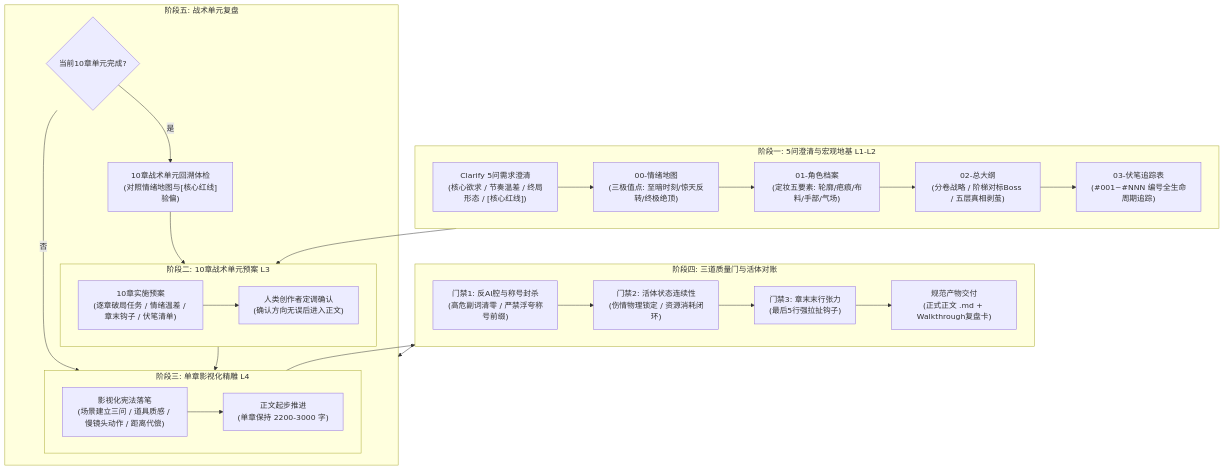
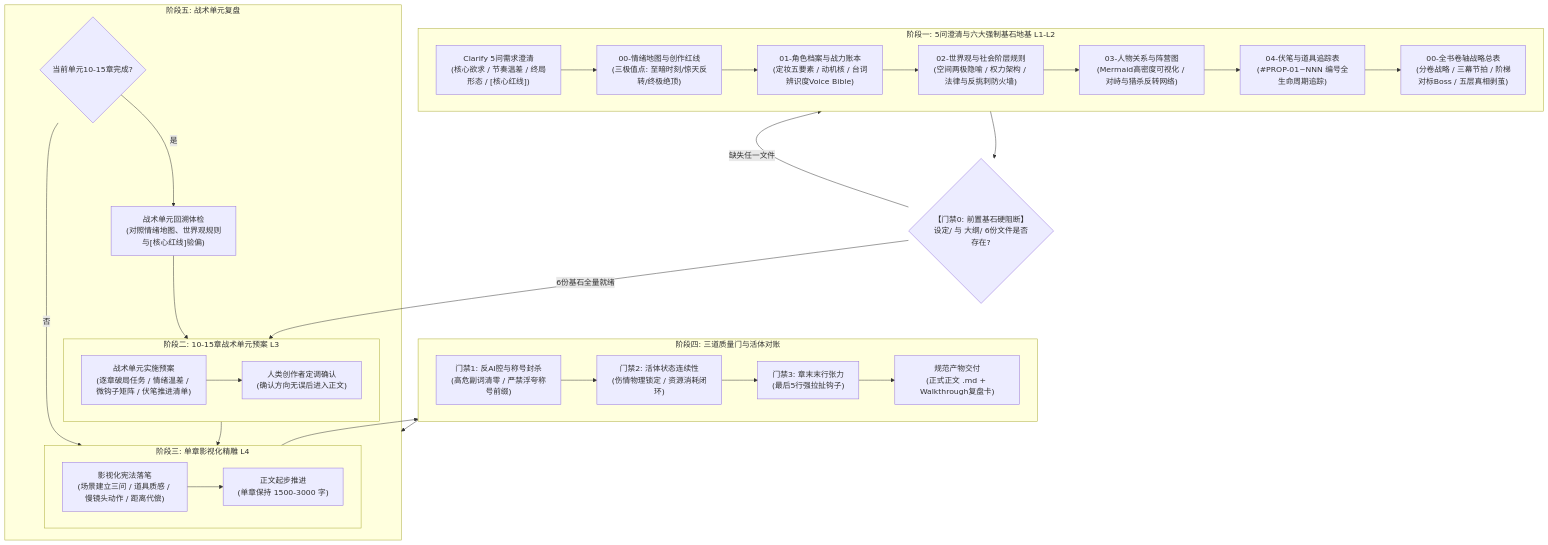
Before and after one commit to egguy886/commercial-writing-system: the diagram in README_zh.md, drawn with Mermaid. The commit also changed other lines of this file and 8 other files, not shown here.

````diff
--- a/README_zh.md
+++ b/README_zh.md
@@ -38,32 +38,39 @@
 ```mermaid
 flowchart TD
-    subgraph S1 [阶段一: 5问澄清与宏观地基 L1-L2]
-        A0["Clarify 5问需求澄清<br/>(核心欲求 / 节奏温差 / 终局形态 / [核心红线])"] --> A1["00-情绪地图<br/>(三极值点: 至暗时刻/惊天反转/终极绝顶)"]
-        A1 --> A2["01-角色档案<br/>(定妆五要素: 轮廓/疤痕/布料/手部/气场)"]
-        A2 --> A3["02-总大纲<br/>(分卷战略 / 阶梯对标Boss / 五层真相剥茧)"]
-        A3 --> A4["03-伏笔追踪表<br/>(#001~#NNN 编号全生命周期追踪)"]
+    G0{"【门禁0: 前置基石硬阻断】<br/>设定/ 与 大纲/ 6份文件是否存在?"}
+    G0 -- 缺失任一文件 --> S1
+    S1 --> G0
+    G0 -- 6份基石全量就绪 --> S2
+
+    subgraph S1 [阶段一: 5问澄清与六大强制基石地基 L1-L2]
+        A0["Clarify 5问需求澄清<br/>(核心欲求 / 节奏温差 / 终局形态 / [核心红线])"] --> A1["00-情绪地图与创作红线<br/>(三极值点: 至暗时刻/惊天反转/终极绝顶)"]
+        A1 --> A2["01-角色档案与战力账本<br/>(定妆五要素 / 动机核 / 台词辨识度Voice Bible)"]
+        A2 --> A3["02-世界观与社会阶层规则<br/>(空间两极隐喻 / 权力架构 / 法律与反挑刺防火墙)"]
+        A3 --> A4["03-人物关系与阵营图<br/>(Mermaid高密度可视化 / 对峙与猎杀反转网络)"]
+        A4 --> A5["04-伏笔与道具追踪表<br/>(#PROP-01~NNN 编号全生命周期追踪)"]
+        A5 --> A6["00-全书卷轴战略总表<br/>(分卷战略 / 三幕节拍 / 阶梯对标Boss / 五层真相剥茧)"]
     end
 
-    subgraph S2 [阶段二: 10章战术单元预案 L3]
-        B1["10章实施预案<br/>(逐章破局任务 / 情绪温差 / 章末钩子 / 伏笔清单)"] --> B2["人类创作者定调确认<br/>(确认方向无误后进入正文)"]
+    subgraph S2 [阶段二: 10-15章战术单元预案 L3]
+        B1["战术单元实施预案<br/>(逐章破局任务 / 情绪温差 / 微钩子矩阵 / 伏笔推进清单)"] --> B2["人类创作者定调确认<br/>(确认方向无误后进入正文)"]
     end
 
     subgraph S3 [阶段三: 单章影视化精雕 L4]
-        C1["影视化宪法落笔<br/>(场景建立三问 / 道具质感 / 慢镜头动作 / 距离代偿)"] --> C2["正文起步推进<br/>(单章保持 2200-3000 字)"]
+        C1["影视化宪法落笔<br/>(场景建立三问 / 道具质感 / 慢镜头动作 / 距离代偿)"] --> C2["正文起步推进<br/>(单章保持 1500-3000 字)"]
     end
 
     subgraph S4 [阶段四: 三道质量门与活体对账]
         D1["门禁1: 反AI腔与称号封杀<br/>(高危副词清零 / 严禁浮夸称号前缀)"] --> D2["门禁2: 活体状态连续性<br/>(伤情物理锁定 / 资源消耗闭环)"]
         D2 --> D3["门禁3: 章末末行张力<br/>(最后5行强拉扯钩子)"]
         D3 --> D4["规范产物交付<br/>(正式正文 .md + Walkthrough复盘卡)"]
     end
 
     subgraph S5 [阶段五: 战术单元复盘]
-        E1{"当前10章单元完成?"}
+        E1{"当前单元10-15章完成?"}
         E1 -- 否 --> S3
-        E1 -- 是 --> E2["10章战术单元回溯体检<br/>(对照情绪地图与[核心红线]验偏)"]
+        E1 -- 是 --> E2["战术单元回溯体检<br/>(对照情绪地图、世界观规则与[核心红线]验偏)"]
         E2 --> S2
     end
 
-    S1 --> S2 --> S3 --> S4 --> S5
+    S2 --> S3 --> S4 --> S5
 ```
````
